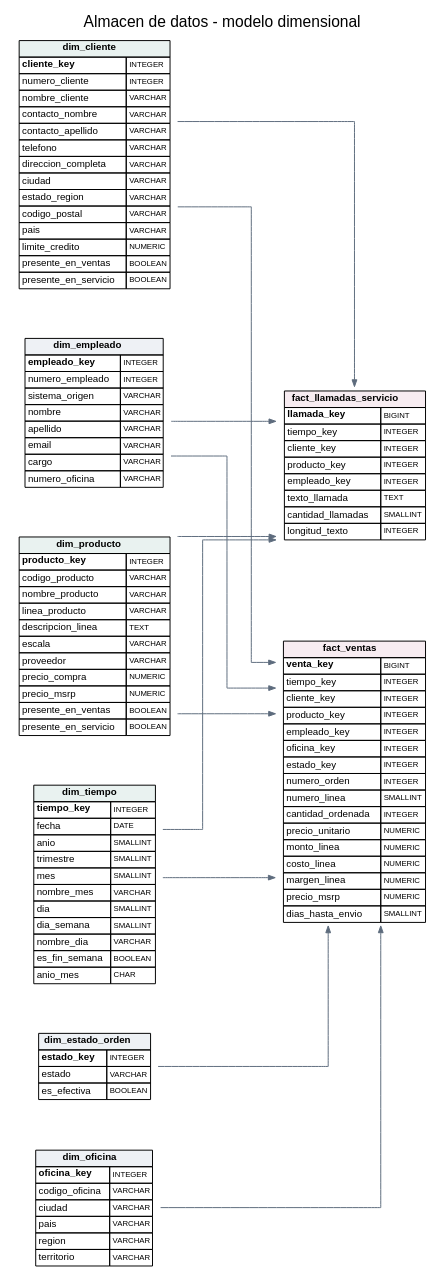
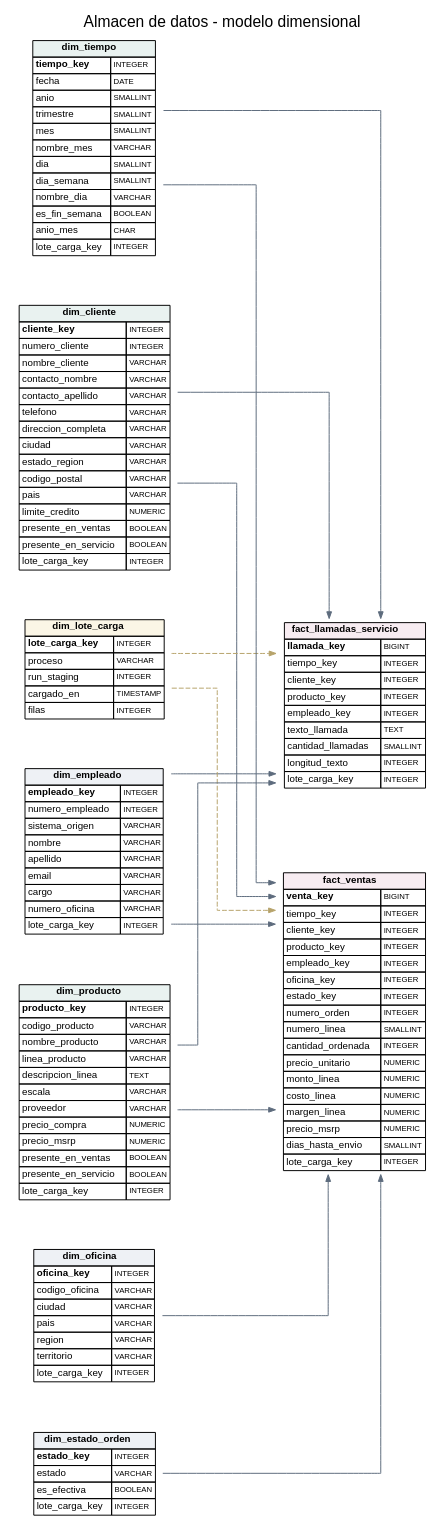
One commit to salo368/proyecto-modelos-datos changed the diagram in docs/img/dw_star_schema.dot. Above: the diagram before and after it, drawn with Graphviz. The commit also changed 8 other files, not shown here.

First line of the commit message:
Regenerar backups, reporte de calidad y diagramas

```diff
--- a/docs/img/dw_star_schema.dot
+++ b/docs/img/dw_star_schema.dot
@@ -2,21 +2,24 @@
     graph [rankdir=LR, splines=ortho, nodesep=0.6, ranksep=1.4,    label="Almacen de datos - modelo dimensional", labelloc=t, fontname="Helvetica", fontsize=16];
     node  [shape=plaintext, fontname="Helvetica", fontsize=10];
     edge  [color="#5d6b7d", arrowsize=0.7];
-    dim_cliente [label=<<TABLE BORDER="0" CELLBORDER="1" CELLSPACING="0"><TR><TD COLSPAN="2" BGCOLOR="#e9f2f0"><B>dim_cliente</B></TD></TR><TR><TD ALIGN="LEFT"><B>cliente_key</B></TD><TD ALIGN="LEFT"><FONT POINT-SIZE="8">INTEGER</FONT></TD></TR><TR><TD ALIGN="LEFT">numero_cliente</TD><TD ALIGN="LEFT"><FONT POINT-SIZE="8">INTEGER</FONT></TD></TR><TR><TD ALIGN="LEFT">nombre_cliente</TD><TD ALIGN="LEFT"><FONT POINT-SIZE="8">VARCHAR</FONT></TD></TR><TR><TD ALIGN="LEFT">contacto_nombre</TD><TD ALIGN="LEFT"><FONT POINT-SIZE="8">VARCHAR</FONT></TD></TR><TR><TD ALIGN="LEFT">contacto_apellido</TD><TD ALIGN="LEFT"><FONT POINT-SIZE="8">VARCHAR</FONT></TD></TR><TR><TD ALIGN="LEFT">telefono</TD><TD ALIGN="LEFT"><FONT POINT-SIZE="8">VARCHAR</FONT></TD></TR><TR><TD ALIGN="LEFT">direccion_completa</TD><TD ALIGN="LEFT"><FONT POINT-SIZE="8">VARCHAR</FONT></TD></TR><TR><TD ALIGN="LEFT">ciudad</TD><TD ALIGN="LEFT"><FONT POINT-SIZE="8">VARCHAR</FONT></TD></TR><TR><TD ALIGN="LEFT">estado_region</TD><TD ALIGN="LEFT"><FONT POINT-SIZE="8">VARCHAR</FONT></TD></TR><TR><TD ALIGN="LEFT">codigo_postal</TD><TD ALIGN="LEFT"><FONT POINT-SIZE="8">VARCHAR</FONT></TD></TR><TR><TD ALIGN="LEFT">pais</TD><TD ALIGN="LEFT"><FONT POINT-SIZE="8">VARCHAR</FONT></TD></TR><TR><TD ALIGN="LEFT">limite_credito</TD><TD ALIGN="LEFT"><FONT POINT-SIZE="8">NUMERIC</FONT></TD></TR><TR><TD ALIGN="LEFT">presente_en_ventas</TD><TD ALIGN="LEFT"><FONT POINT-SIZE="8">BOOLEAN</FONT></TD></TR><TR><TD ALIGN="LEFT">presente_en_servicio</TD><TD ALIGN="LEFT"><FONT POINT-SIZE="8">BOOLEAN</FONT></TD></TR></TABLE>>];
-    dim_empleado [label=<<TABLE BORDER="0" CELLBORDER="1" CELLSPACING="0"><TR><TD COLSPAN="2" BGCOLOR="#eef1f5"><B>dim_empleado</B></TD></TR><TR><TD ALIGN="LEFT"><B>empleado_key</B></TD><TD ALIGN="LEFT"><FONT POINT-SIZE="8">INTEGER</FONT></TD></TR><TR><TD ALIGN="LEFT">numero_empleado</TD><TD ALIGN="LEFT"><FONT POINT-SIZE="8">INTEGER</FONT></TD></TR><TR><TD ALIGN="LEFT">sistema_origen</TD><TD ALIGN="LEFT"><FONT POINT-SIZE="8">VARCHAR</FONT></TD></TR><TR><TD ALIGN="LEFT">nombre</TD><TD ALIGN="LEFT"><FONT POINT-SIZE="8">VARCHAR</FONT></TD></TR><TR><TD ALIGN="LEFT">apellido</TD><TD ALIGN="LEFT"><FONT POINT-SIZE="8">VARCHAR</FONT></TD></TR><TR><TD ALIGN="LEFT">email</TD><TD ALIGN="LEFT"><FONT POINT-SIZE="8">VARCHAR</FONT></TD></TR><TR><TD ALIGN="LEFT">cargo</TD><TD ALIGN="LEFT"><FONT POINT-SIZE="8">VARCHAR</FONT></TD></TR><TR><TD ALIGN="LEFT">numero_oficina</TD><TD ALIGN="LEFT"><FONT POINT-SIZE="8">VARCHAR</FONT></TD></TR></TABLE>>];
-    dim_estado_orden [label=<<TABLE BORDER="0" CELLBORDER="1" CELLSPACING="0"><TR><TD COLSPAN="2" BGCOLOR="#eef1f5"><B>dim_estado_orden</B></TD></TR><TR><TD ALIGN="LEFT"><B>estado_key</B></TD><TD ALIGN="LEFT"><FONT POINT-SIZE="8">INTEGER</FONT></TD></TR><TR><TD ALIGN="LEFT">estado</TD><TD ALIGN="LEFT"><FONT POINT-SIZE="8">VARCHAR</FONT></TD></TR><TR><TD ALIGN="LEFT">es_efectiva</TD><TD ALIGN="LEFT"><FONT POINT-SIZE="8">BOOLEAN</FONT></TD></TR></TABLE>>];
-    dim_oficina [label=<<TABLE BORDER="0" CELLBORDER="1" CELLSPACING="0"><TR><TD COLSPAN="2" BGCOLOR="#eef1f5"><B>dim_oficina</B></TD></TR><TR><TD ALIGN="LEFT"><B>oficina_key</B></TD><TD ALIGN="LEFT"><FONT POINT-SIZE="8">INTEGER</FONT></TD></TR><TR><TD ALIGN="LEFT">codigo_oficina</TD><TD ALIGN="LEFT"><FONT POINT-SIZE="8">VARCHAR</FONT></TD></TR><TR><TD ALIGN="LEFT">ciudad</TD><TD ALIGN="LEFT"><FONT POINT-SIZE="8">VARCHAR</FONT></TD></TR><TR><TD ALIGN="LEFT">pais</TD><TD ALIGN="LEFT"><FONT POINT-SIZE="8">VARCHAR</FONT></TD></TR><TR><TD ALIGN="LEFT">region</TD><TD ALIGN="LEFT"><FONT POINT-SIZE="8">VARCHAR</FONT></TD></TR><TR><TD ALIGN="LEFT">territorio</TD><TD ALIGN="LEFT"><FONT POINT-SIZE="8">VARCHAR</FONT></TD></TR></TABLE>>];
-    dim_producto [label=<<TABLE BORDER="0" CELLBORDER="1" CELLSPACING="0"><TR><TD COLSPAN="2" BGCOLOR="#e9f2f0"><B>dim_producto</B></TD></TR><TR><TD ALIGN="LEFT"><B>producto_key</B></TD><TD ALIGN="LEFT"><FONT POINT-SIZE="8">INTEGER</FONT></TD></TR><TR><TD ALIGN="LEFT">codigo_producto</TD><TD ALIGN="LEFT"><FONT POINT-SIZE="8">VARCHAR</FONT></TD></TR><TR><TD ALIGN="LEFT">nombre_producto</TD><TD ALIGN="LEFT"><FONT POINT-SIZE="8">VARCHAR</FONT></TD></TR><TR><TD ALIGN="LEFT">linea_producto</TD><TD ALIGN="LEFT"><FONT POINT-SIZE="8">VARCHAR</FONT></TD></TR><TR><TD ALIGN="LEFT">descripcion_linea</TD><TD ALIGN="LEFT"><FONT POINT-SIZE="8">TEXT</FONT></TD></TR><TR><TD ALIGN="LEFT">escala</TD><TD ALIGN="LEFT"><FONT POINT-SIZE="8">VARCHAR</FONT></TD></TR><TR><TD ALIGN="LEFT">proveedor</TD><TD ALIGN="LEFT"><FONT POINT-SIZE="8">VARCHAR</FONT></TD></TR><TR><TD ALIGN="LEFT">precio_compra</TD><TD ALIGN="LEFT"><FONT POINT-SIZE="8">NUMERIC</FONT></TD></TR><TR><TD ALIGN="LEFT">precio_msrp</TD><TD ALIGN="LEFT"><FONT POINT-SIZE="8">NUMERIC</FONT></TD></TR><TR><TD ALIGN="LEFT">presente_en_ventas</TD><TD ALIGN="LEFT"><FONT POINT-SIZE="8">BOOLEAN</FONT></TD></TR><TR><TD ALIGN="LEFT">presente_en_servicio</TD><TD ALIGN="LEFT"><FONT POINT-SIZE="8">BOOLEAN</FONT></TD></TR></TABLE>>];
-    dim_tiempo [label=<<TABLE BORDER="0" CELLBORDER="1" CELLSPACING="0"><TR><TD COLSPAN="2" BGCOLOR="#e9f2f0"><B>dim_tiempo</B></TD></TR><TR><TD ALIGN="LEFT"><B>tiempo_key</B></TD><TD ALIGN="LEFT"><FONT POINT-SIZE="8">INTEGER</FONT></TD></TR><TR><TD ALIGN="LEFT">fecha</TD><TD ALIGN="LEFT"><FONT POINT-SIZE="8">DATE</FONT></TD></TR><TR><TD ALIGN="LEFT">anio</TD><TD ALIGN="LEFT"><FONT POINT-SIZE="8">SMALLINT</FONT></TD></TR><TR><TD ALIGN="LEFT">trimestre</TD><TD ALIGN="LEFT"><FONT POINT-SIZE="8">SMALLINT</FONT></TD></TR><TR><TD ALIGN="LEFT">mes</TD><TD ALIGN="LEFT"><FONT POINT-SIZE="8">SMALLINT</FONT></TD></TR><TR><TD ALIGN="LEFT">nombre_mes</TD><TD ALIGN="LEFT"><FONT POINT-SIZE="8">VARCHAR</FONT></TD></TR><TR><TD ALIGN="LEFT">dia</TD><TD ALIGN="LEFT"><FONT POINT-SIZE="8">SMALLINT</FONT></TD></TR><TR><TD ALIGN="LEFT">dia_semana</TD><TD ALIGN="LEFT"><FONT POINT-SIZE="8">SMALLINT</FONT></TD></TR><TR><TD ALIGN="LEFT">nombre_dia</TD><TD ALIGN="LEFT"><FONT POINT-SIZE="8">VARCHAR</FONT></TD></TR><TR><TD ALIGN="LEFT">es_fin_semana</TD><TD ALIGN="LEFT"><FONT POINT-SIZE="8">BOOLEAN</FONT></TD></TR><TR><TD ALIGN="LEFT">anio_mes</TD><TD ALIGN="LEFT"><FONT POINT-SIZE="8">CHAR</FONT></TD></TR></TABLE>>];
-    fact_llamadas_servicio [label=<<TABLE BORDER="0" CELLBORDER="1" CELLSPACING="0"><TR><TD COLSPAN="2" BGCOLOR="#f7ecf1"><B>fact_llamadas_servicio</B></TD></TR><TR><TD ALIGN="LEFT"><B>llamada_key</B></TD><TD ALIGN="LEFT"><FONT POINT-SIZE="8">BIGINT</FONT></TD></TR><TR><TD ALIGN="LEFT">tiempo_key</TD><TD ALIGN="LEFT"><FONT POINT-SIZE="8">INTEGER</FONT></TD></TR><TR><TD ALIGN="LEFT">cliente_key</TD><TD ALIGN="LEFT"><FONT POINT-SIZE="8">INTEGER</FONT></TD></TR><TR><TD ALIGN="LEFT">producto_key</TD><TD ALIGN="LEFT"><FONT POINT-SIZE="8">INTEGER</FONT></TD></TR><TR><TD ALIGN="LEFT">empleado_key</TD><TD ALIGN="LEFT"><FONT POINT-SIZE="8">INTEGER</FONT></TD></TR><TR><TD ALIGN="LEFT">texto_llamada</TD><TD ALIGN="LEFT"><FONT POINT-SIZE="8">TEXT</FONT></TD></TR><TR><TD ALIGN="LEFT">cantidad_llamadas</TD><TD ALIGN="LEFT"><FONT POINT-SIZE="8">SMALLINT</FONT></TD></TR><TR><TD ALIGN="LEFT">longitud_texto</TD><TD ALIGN="LEFT"><FONT POINT-SIZE="8">INTEGER</FONT></TD></TR></TABLE>>];
-    fact_ventas [label=<<TABLE BORDER="0" CELLBORDER="1" CELLSPACING="0"><TR><TD COLSPAN="2" BGCOLOR="#f7ecf1"><B>fact_ventas</B></TD></TR><TR><TD ALIGN="LEFT"><B>venta_key</B></TD><TD ALIGN="LEFT"><FONT POINT-SIZE="8">BIGINT</FONT></TD></TR><TR><TD ALIGN="LEFT">tiempo_key</TD><TD ALIGN="LEFT"><FONT POINT-SIZE="8">INTEGER</FONT></TD></TR><TR><TD ALIGN="LEFT">cliente_key</TD><TD ALIGN="LEFT"><FONT POINT-SIZE="8">INTEGER</FONT></TD></TR><TR><TD ALIGN="LEFT">producto_key</TD><TD ALIGN="LEFT"><FONT POINT-SIZE="8">INTEGER</FONT></TD></TR><TR><TD ALIGN="LEFT">empleado_key</TD><TD ALIGN="LEFT"><FONT POINT-SIZE="8">INTEGER</FONT></TD></TR><TR><TD ALIGN="LEFT">oficina_key</TD><TD ALIGN="LEFT"><FONT POINT-SIZE="8">INTEGER</FONT></TD></TR><TR><TD ALIGN="LEFT">estado_key</TD><TD ALIGN="LEFT"><FONT POINT-SIZE="8">INTEGER</FONT></TD></TR><TR><TD ALIGN="LEFT">numero_orden</TD><TD ALIGN="LEFT"><FONT POINT-SIZE="8">INTEGER</FONT></TD></TR><TR><TD ALIGN="LEFT">numero_linea</TD><TD ALIGN="LEFT"><FONT POINT-SIZE="8">SMALLINT</FONT></TD></TR><TR><TD ALIGN="LEFT">cantidad_ordenada</TD><TD ALIGN="LEFT"><FONT POINT-SIZE="8">INTEGER</FONT></TD></TR><TR><TD ALIGN="LEFT">precio_unitario</TD><TD ALIGN="LEFT"><FONT POINT-SIZE="8">NUMERIC</FONT></TD></TR><TR><TD ALIGN="LEFT">monto_linea</TD><TD ALIGN="LEFT"><FONT POINT-SIZE="8">NUMERIC</FONT></TD></TR><TR><TD ALIGN="LEFT">costo_linea</TD><TD ALIGN="LEFT"><FONT POINT-SIZE="8">NUMERIC</FONT></TD></TR><TR><TD ALIGN="LEFT">margen_linea</TD><TD ALIGN="LEFT"><FONT POINT-SIZE="8">NUMERIC</FONT></TD></TR><TR><TD ALIGN="LEFT">precio_msrp</TD><TD ALIGN="LEFT"><FONT POINT-SIZE="8">NUMERIC</FONT></TD></TR><TR><TD ALIGN="LEFT">dias_hasta_envio</TD><TD ALIGN="LEFT"><FONT POINT-SIZE="8">SMALLINT</FONT></TD></TR></TABLE>>];
+    dim_cliente [label=<<TABLE BORDER="0" CELLBORDER="1" CELLSPACING="0"><TR><TD COLSPAN="2" BGCOLOR="#e9f2f0"><B>dim_cliente</B></TD></TR><TR><TD ALIGN="LEFT"><B>cliente_key</B></TD><TD ALIGN="LEFT"><FONT POINT-SIZE="8">INTEGER</FONT></TD></TR><TR><TD ALIGN="LEFT">numero_cliente</TD><TD ALIGN="LEFT"><FONT POINT-SIZE="8">INTEGER</FONT></TD></TR><TR><TD ALIGN="LEFT">nombre_cliente</TD><TD ALIGN="LEFT"><FONT POINT-SIZE="8">VARCHAR</FONT></TD></TR><TR><TD ALIGN="LEFT">contacto_nombre</TD><TD ALIGN="LEFT"><FONT POINT-SIZE="8">VARCHAR</FONT></TD></TR><TR><TD ALIGN="LEFT">contacto_apellido</TD><TD ALIGN="LEFT"><FONT POINT-SIZE="8">VARCHAR</FONT></TD></TR><TR><TD ALIGN="LEFT">telefono</TD><TD ALIGN="LEFT"><FONT POINT-SIZE="8">VARCHAR</FONT></TD></TR><TR><TD ALIGN="LEFT">direccion_completa</TD><TD ALIGN="LEFT"><FONT POINT-SIZE="8">VARCHAR</FONT></TD></TR><TR><TD ALIGN="LEFT">ciudad</TD><TD ALIGN="LEFT"><FONT POINT-SIZE="8">VARCHAR</FONT></TD></TR><TR><TD ALIGN="LEFT">estado_region</TD><TD ALIGN="LEFT"><FONT POINT-SIZE="8">VARCHAR</FONT></TD></TR><TR><TD ALIGN="LEFT">codigo_postal</TD><TD ALIGN="LEFT"><FONT POINT-SIZE="8">VARCHAR</FONT></TD></TR><TR><TD ALIGN="LEFT">pais</TD><TD ALIGN="LEFT"><FONT POINT-SIZE="8">VARCHAR</FONT></TD></TR><TR><TD ALIGN="LEFT">limite_credito</TD><TD ALIGN="LEFT"><FONT POINT-SIZE="8">NUMERIC</FONT></TD></TR><TR><TD ALIGN="LEFT">presente_en_ventas</TD><TD ALIGN="LEFT"><FONT POINT-SIZE="8">BOOLEAN</FONT></TD></TR><TR><TD ALIGN="LEFT">presente_en_servicio</TD><TD ALIGN="LEFT"><FONT POINT-SIZE="8">BOOLEAN</FONT></TD></TR><TR><TD ALIGN="LEFT">lote_carga_key</TD><TD ALIGN="LEFT"><FONT POINT-SIZE="8">INTEGER</FONT></TD></TR></TABLE>>];
+    dim_empleado [label=<<TABLE BORDER="0" CELLBORDER="1" CELLSPACING="0"><TR><TD COLSPAN="2" BGCOLOR="#eef1f5"><B>dim_empleado</B></TD></TR><TR><TD ALIGN="LEFT"><B>empleado_key</B></TD><TD ALIGN="LEFT"><FONT POINT-SIZE="8">INTEGER</FONT></TD></TR><TR><TD ALIGN="LEFT">numero_empleado</TD><TD ALIGN="LEFT"><FONT POINT-SIZE="8">INTEGER</FONT></TD></TR><TR><TD ALIGN="LEFT">sistema_origen</TD><TD ALIGN="LEFT"><FONT POINT-SIZE="8">VARCHAR</FONT></TD></TR><TR><TD ALIGN="LEFT">nombre</TD><TD ALIGN="LEFT"><FONT POINT-SIZE="8">VARCHAR</FONT></TD></TR><TR><TD ALIGN="LEFT">apellido</TD><TD ALIGN="LEFT"><FONT POINT-SIZE="8">VARCHAR</FONT></TD></TR><TR><TD ALIGN="LEFT">email</TD><TD ALIGN="LEFT"><FONT POINT-SIZE="8">VARCHAR</FONT></TD></TR><TR><TD ALIGN="LEFT">cargo</TD><TD ALIGN="LEFT"><FONT POINT-SIZE="8">VARCHAR</FONT></TD></TR><TR><TD ALIGN="LEFT">numero_oficina</TD><TD ALIGN="LEFT"><FONT POINT-SIZE="8">VARCHAR</FONT></TD></TR><TR><TD ALIGN="LEFT">lote_carga_key</TD><TD ALIGN="LEFT"><FONT POINT-SIZE="8">INTEGER</FONT></TD></TR></TABLE>>];
+    dim_estado_orden [label=<<TABLE BORDER="0" CELLBORDER="1" CELLSPACING="0"><TR><TD COLSPAN="2" BGCOLOR="#eef1f5"><B>dim_estado_orden</B></TD></TR><TR><TD ALIGN="LEFT"><B>estado_key</B></TD><TD ALIGN="LEFT"><FONT POINT-SIZE="8">INTEGER</FONT></TD></TR><TR><TD ALIGN="LEFT">estado</TD><TD ALIGN="LEFT"><FONT POINT-SIZE="8">VARCHAR</FONT></TD></TR><TR><TD ALIGN="LEFT">es_efectiva</TD><TD ALIGN="LEFT"><FONT POINT-SIZE="8">BOOLEAN</FONT></TD></TR><TR><TD ALIGN="LEFT">lote_carga_key</TD><TD ALIGN="LEFT"><FONT POINT-SIZE="8">INTEGER</FONT></TD></TR></TABLE>>];
+    dim_lote_carga [label=<<TABLE BORDER="0" CELLBORDER="1" CELLSPACING="0"><TR><TD COLSPAN="2" BGCOLOR="#fbf6e6"><B>dim_lote_carga</B></TD></TR><TR><TD ALIGN="LEFT"><B>lote_carga_key</B></TD><TD ALIGN="LEFT"><FONT POINT-SIZE="8">INTEGER</FONT></TD></TR><TR><TD ALIGN="LEFT">proceso</TD><TD ALIGN="LEFT"><FONT POINT-SIZE="8">VARCHAR</FONT></TD></TR><TR><TD ALIGN="LEFT">run_staging</TD><TD ALIGN="LEFT"><FONT POINT-SIZE="8">INTEGER</FONT></TD></TR><TR><TD ALIGN="LEFT">cargado_en</TD><TD ALIGN="LEFT"><FONT POINT-SIZE="8">TIMESTAMP</FONT></TD></TR><TR><TD ALIGN="LEFT">filas</TD><TD ALIGN="LEFT"><FONT POINT-SIZE="8">INTEGER</FONT></TD></TR></TABLE>>];
+    dim_oficina [label=<<TABLE BORDER="0" CELLBORDER="1" CELLSPACING="0"><TR><TD COLSPAN="2" BGCOLOR="#eef1f5"><B>dim_oficina</B></TD></TR><TR><TD ALIGN="LEFT"><B>oficina_key</B></TD><TD ALIGN="LEFT"><FONT POINT-SIZE="8">INTEGER</FONT></TD></TR><TR><TD ALIGN="LEFT">codigo_oficina</TD><TD ALIGN="LEFT"><FONT POINT-SIZE="8">VARCHAR</FONT></TD></TR><TR><TD ALIGN="LEFT">ciudad</TD><TD ALIGN="LEFT"><FONT POINT-SIZE="8">VARCHAR</FONT></TD></TR><TR><TD ALIGN="LEFT">pais</TD><TD ALIGN="LEFT"><FONT POINT-SIZE="8">VARCHAR</FONT></TD></TR><TR><TD ALIGN="LEFT">region</TD><TD ALIGN="LEFT"><FONT POINT-SIZE="8">VARCHAR</FONT></TD></TR><TR><TD ALIGN="LEFT">territorio</TD><TD ALIGN="LEFT"><FONT POINT-SIZE="8">VARCHAR</FONT></TD></TR><TR><TD ALIGN="LEFT">lote_carga_key</TD><TD ALIGN="LEFT"><FONT POINT-SIZE="8">INTEGER</FONT></TD></TR></TABLE>>];
+    dim_producto [label=<<TABLE BORDER="0" CELLBORDER="1" CELLSPACING="0"><TR><TD COLSPAN="2" BGCOLOR="#e9f2f0"><B>dim_producto</B></TD></TR><TR><TD ALIGN="LEFT"><B>producto_key</B></TD><TD ALIGN="LEFT"><FONT POINT-SIZE="8">INTEGER</FONT></TD></TR><TR><TD ALIGN="LEFT">codigo_producto</TD><TD ALIGN="LEFT"><FONT POINT-SIZE="8">VARCHAR</FONT></TD></TR><TR><TD ALIGN="LEFT">nombre_producto</TD><TD ALIGN="LEFT"><FONT POINT-SIZE="8">VARCHAR</FONT></TD></TR><TR><TD ALIGN="LEFT">linea_producto</TD><TD ALIGN="LEFT"><FONT POINT-SIZE="8">VARCHAR</FONT></TD></TR><TR><TD ALIGN="LEFT">descripcion_linea</TD><TD ALIGN="LEFT"><FONT POINT-SIZE="8">TEXT</FONT></TD></TR><TR><TD ALIGN="LEFT">escala</TD><TD ALIGN="LEFT"><FONT POINT-SIZE="8">VARCHAR</FONT></TD></TR><TR><TD ALIGN="LEFT">proveedor</TD><TD ALIGN="LEFT"><FONT POINT-SIZE="8">VARCHAR</FONT></TD></TR><TR><TD ALIGN="LEFT">precio_compra</TD><TD ALIGN="LEFT"><FONT POINT-SIZE="8">NUMERIC</FONT></TD></TR><TR><TD ALIGN="LEFT">precio_msrp</TD><TD ALIGN="LEFT"><FONT POINT-SIZE="8">NUMERIC</FONT></TD></TR><TR><TD ALIGN="LEFT">presente_en_ventas</TD><TD ALIGN="LEFT"><FONT POINT-SIZE="8">BOOLEAN</FONT></TD></TR><TR><TD ALIGN="LEFT">presente_en_servicio</TD><TD ALIGN="LEFT"><FONT POINT-SIZE="8">BOOLEAN</FONT></TD></TR><TR><TD ALIGN="LEFT">lote_carga_key</TD><TD ALIGN="LEFT"><FONT POINT-SIZE="8">INTEGER</FONT></TD></TR></TABLE>>];
+    dim_tiempo [label=<<TABLE BORDER="0" CELLBORDER="1" CELLSPACING="0"><TR><TD COLSPAN="2" BGCOLOR="#e9f2f0"><B>dim_tiempo</B></TD></TR><TR><TD ALIGN="LEFT"><B>tiempo_key</B></TD><TD ALIGN="LEFT"><FONT POINT-SIZE="8">INTEGER</FONT></TD></TR><TR><TD ALIGN="LEFT">fecha</TD><TD ALIGN="LEFT"><FONT POINT-SIZE="8">DATE</FONT></TD></TR><TR><TD ALIGN="LEFT">anio</TD><TD ALIGN="LEFT"><FONT POINT-SIZE="8">SMALLINT</FONT></TD></TR><TR><TD ALIGN="LEFT">trimestre</TD><TD ALIGN="LEFT"><FONT POINT-SIZE="8">SMALLINT</FONT></TD></TR><TR><TD ALIGN="LEFT">mes</TD><TD ALIGN="LEFT"><FONT POINT-SIZE="8">SMALLINT</FONT></TD></TR><TR><TD ALIGN="LEFT">nombre_mes</TD><TD ALIGN="LEFT"><FONT POINT-SIZE="8">VARCHAR</FONT></TD></TR><TR><TD ALIGN="LEFT">dia</TD><TD ALIGN="LEFT"><FONT POINT-SIZE="8">SMALLINT</FONT></TD></TR><TR><TD ALIGN="LEFT">dia_semana</TD><TD ALIGN="LEFT"><FONT POINT-SIZE="8">SMALLINT</FONT></TD></TR><TR><TD ALIGN="LEFT">nombre_dia</TD><TD ALIGN="LEFT"><FONT POINT-SIZE="8">VARCHAR</FONT></TD></TR><TR><TD ALIGN="LEFT">es_fin_semana</TD><TD ALIGN="LEFT"><FONT POINT-SIZE="8">BOOLEAN</FONT></TD></TR><TR><TD ALIGN="LEFT">anio_mes</TD><TD ALIGN="LEFT"><FONT POINT-SIZE="8">CHAR</FONT></TD></TR><TR><TD ALIGN="LEFT">lote_carga_key</TD><TD ALIGN="LEFT"><FONT POINT-SIZE="8">INTEGER</FONT></TD></TR></TABLE>>];
+    fact_llamadas_servicio [label=<<TABLE BORDER="0" CELLBORDER="1" CELLSPACING="0"><TR><TD COLSPAN="2" BGCOLOR="#f7ecf1"><B>fact_llamadas_servicio</B></TD></TR><TR><TD ALIGN="LEFT"><B>llamada_key</B></TD><TD ALIGN="LEFT"><FONT POINT-SIZE="8">BIGINT</FONT></TD></TR><TR><TD ALIGN="LEFT">tiempo_key</TD><TD ALIGN="LEFT"><FONT POINT-SIZE="8">INTEGER</FONT></TD></TR><TR><TD ALIGN="LEFT">cliente_key</TD><TD ALIGN="LEFT"><FONT POINT-SIZE="8">INTEGER</FONT></TD></TR><TR><TD ALIGN="LEFT">producto_key</TD><TD ALIGN="LEFT"><FONT POINT-SIZE="8">INTEGER</FONT></TD></TR><TR><TD ALIGN="LEFT">empleado_key</TD><TD ALIGN="LEFT"><FONT POINT-SIZE="8">INTEGER</FONT></TD></TR><TR><TD ALIGN="LEFT">texto_llamada</TD><TD ALIGN="LEFT"><FONT POINT-SIZE="8">TEXT</FONT></TD></TR><TR><TD ALIGN="LEFT">cantidad_llamadas</TD><TD ALIGN="LEFT"><FONT POINT-SIZE="8">SMALLINT</FONT></TD></TR><TR><TD ALIGN="LEFT">longitud_texto</TD><TD ALIGN="LEFT"><FONT POINT-SIZE="8">INTEGER</FONT></TD></TR><TR><TD ALIGN="LEFT">lote_carga_key</TD><TD ALIGN="LEFT"><FONT POINT-SIZE="8">INTEGER</FONT></TD></TR></TABLE>>];
+    fact_ventas [label=<<TABLE BORDER="0" CELLBORDER="1" CELLSPACING="0"><TR><TD COLSPAN="2" BGCOLOR="#f7ecf1"><B>fact_ventas</B></TD></TR><TR><TD ALIGN="LEFT"><B>venta_key</B></TD><TD ALIGN="LEFT"><FONT POINT-SIZE="8">BIGINT</FONT></TD></TR><TR><TD ALIGN="LEFT">tiempo_key</TD><TD ALIGN="LEFT"><FONT POINT-SIZE="8">INTEGER</FONT></TD></TR><TR><TD ALIGN="LEFT">cliente_key</TD><TD ALIGN="LEFT"><FONT POINT-SIZE="8">INTEGER</FONT></TD></TR><TR><TD ALIGN="LEFT">producto_key</TD><TD ALIGN="LEFT"><FONT POINT-SIZE="8">INTEGER</FONT></TD></TR><TR><TD ALIGN="LEFT">empleado_key</TD><TD ALIGN="LEFT"><FONT POINT-SIZE="8">INTEGER</FONT></TD></TR><TR><TD ALIGN="LEFT">oficina_key</TD><TD ALIGN="LEFT"><FONT POINT-SIZE="8">INTEGER</FONT></TD></TR><TR><TD ALIGN="LEFT">estado_key</TD><TD ALIGN="LEFT"><FONT POINT-SIZE="8">INTEGER</FONT></TD></TR><TR><TD ALIGN="LEFT">numero_orden</TD><TD ALIGN="LEFT"><FONT POINT-SIZE="8">INTEGER</FONT></TD></TR><TR><TD ALIGN="LEFT">numero_linea</TD><TD ALIGN="LEFT"><FONT POINT-SIZE="8">SMALLINT</FONT></TD></TR><TR><TD ALIGN="LEFT">cantidad_ordenada</TD><TD ALIGN="LEFT"><FONT POINT-SIZE="8">INTEGER</FONT></TD></TR><TR><TD ALIGN="LEFT">precio_unitario</TD><TD ALIGN="LEFT"><FONT POINT-SIZE="8">NUMERIC</FONT></TD></TR><TR><TD ALIGN="LEFT">monto_linea</TD><TD ALIGN="LEFT"><FONT POINT-SIZE="8">NUMERIC</FONT></TD></TR><TR><TD ALIGN="LEFT">costo_linea</TD><TD ALIGN="LEFT"><FONT POINT-SIZE="8">NUMERIC</FONT></TD></TR><TR><TD ALIGN="LEFT">margen_linea</TD><TD ALIGN="LEFT"><FONT POINT-SIZE="8">NUMERIC</FONT></TD></TR><TR><TD ALIGN="LEFT">precio_msrp</TD><TD ALIGN="LEFT"><FONT POINT-SIZE="8">NUMERIC</FONT></TD></TR><TR><TD ALIGN="LEFT">dias_hasta_envio</TD><TD ALIGN="LEFT"><FONT POINT-SIZE="8">SMALLINT</FONT></TD></TR><TR><TD ALIGN="LEFT">lote_carga_key</TD><TD ALIGN="LEFT"><FONT POINT-SIZE="8">INTEGER</FONT></TD></TR></TABLE>>];
     dim_cliente -> fact_llamadas_servicio;
     dim_empleado -> fact_llamadas_servicio;
+    dim_lote_carga -> fact_llamadas_servicio [style=dashed, color="#b7a36a", constraint=false];
     dim_producto -> fact_llamadas_servicio;
     dim_tiempo -> fact_llamadas_servicio;
     dim_cliente -> fact_ventas;
     dim_empleado -> fact_ventas;
     dim_estado_orden -> fact_ventas;
+    dim_lote_carga -> fact_ventas [style=dashed, color="#b7a36a", constraint=false];
     dim_oficina -> fact_ventas;
     dim_producto -> fact_ventas;
     dim_tiempo -> fact_ventas;
```
